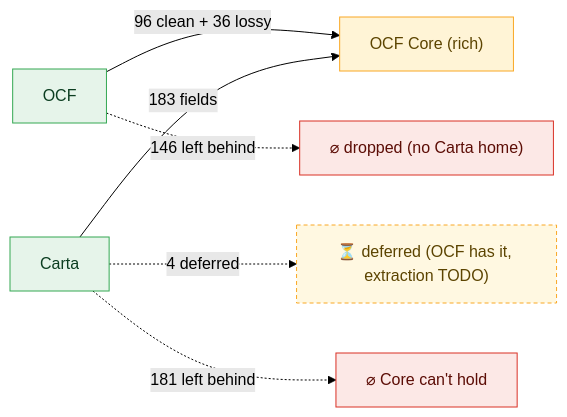
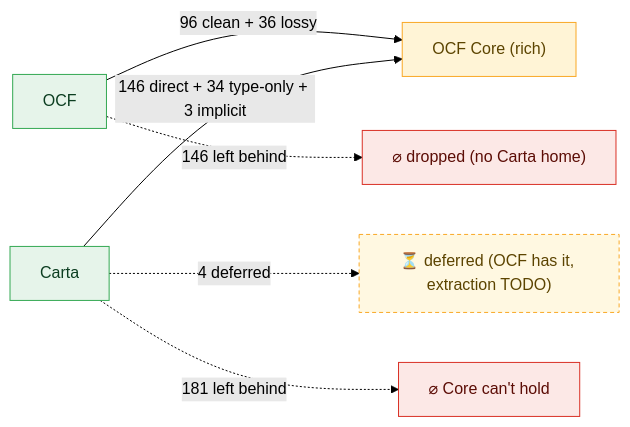
The first of 47 diagrams in docs/core-bidirectional-flow.md (Open-Cap-Table-Coalition/OCF-Composed-Schemas), drawn with Mermaid (forest theme) before and after one commit. The commit also changed other lines of this file and 7 other files, not shown here.

````diff
--- a/docs/core-bidirectional-flow.md
+++ b/docs/core-bidirectional-flow.md
@@ -11,13 +11,13 @@
 ```mermaid
 flowchart LR
   classDef core fill:#fff4d6,stroke:#f9a825,color:#5c4400;
   classDef in fill:#e6f4ea,stroke:#34a853,color:#0b3d20;
   classDef out fill:#fce8e6,stroke:#d93025,color:#5c0d06;
   classDef defer fill:#fff8e1,stroke:#f9a825,color:#5c4400,stroke-dasharray:4 3;
   OCF["OCF"]:::in -->|"96 clean + 36 lossy"| CORE
   OCF -.->|"146 left behind"| ocfvoid["⌀ dropped (no Carta home)"]:::out
   CORE["OCF Core (rich)"]:::core
-  Carta["Carta"]:::in -->|"183 fields"| CORE
+  Carta["Carta"]:::in -->|"146 direct + 34 type-only + 3 implicit"| CORE
   Carta -.->|"4 deferred"| deferbox["⏳ deferred (OCF has it, extraction TODO)"]:::defer
   Carta -.->|"181 left behind"| cartavoid["⌀ Core can't hold"]:::out
 ```
````
